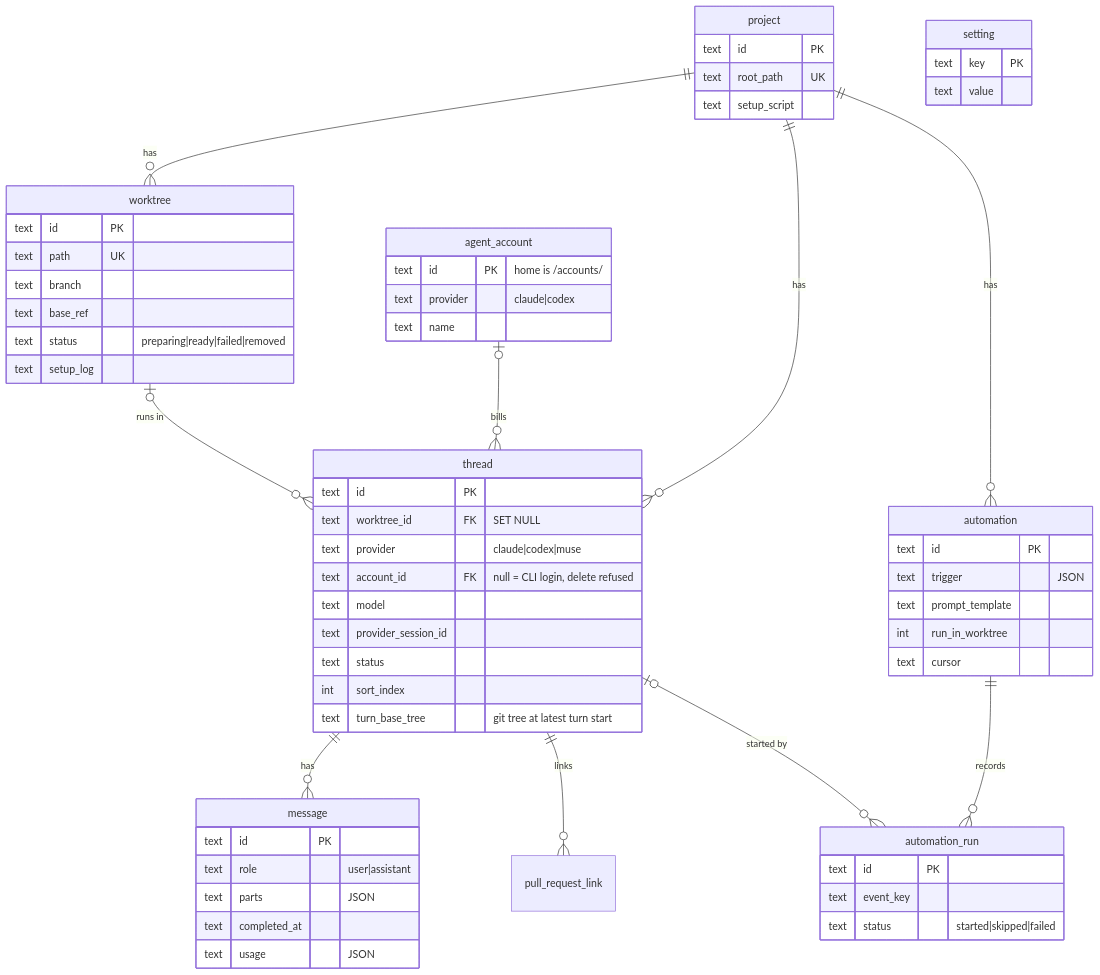
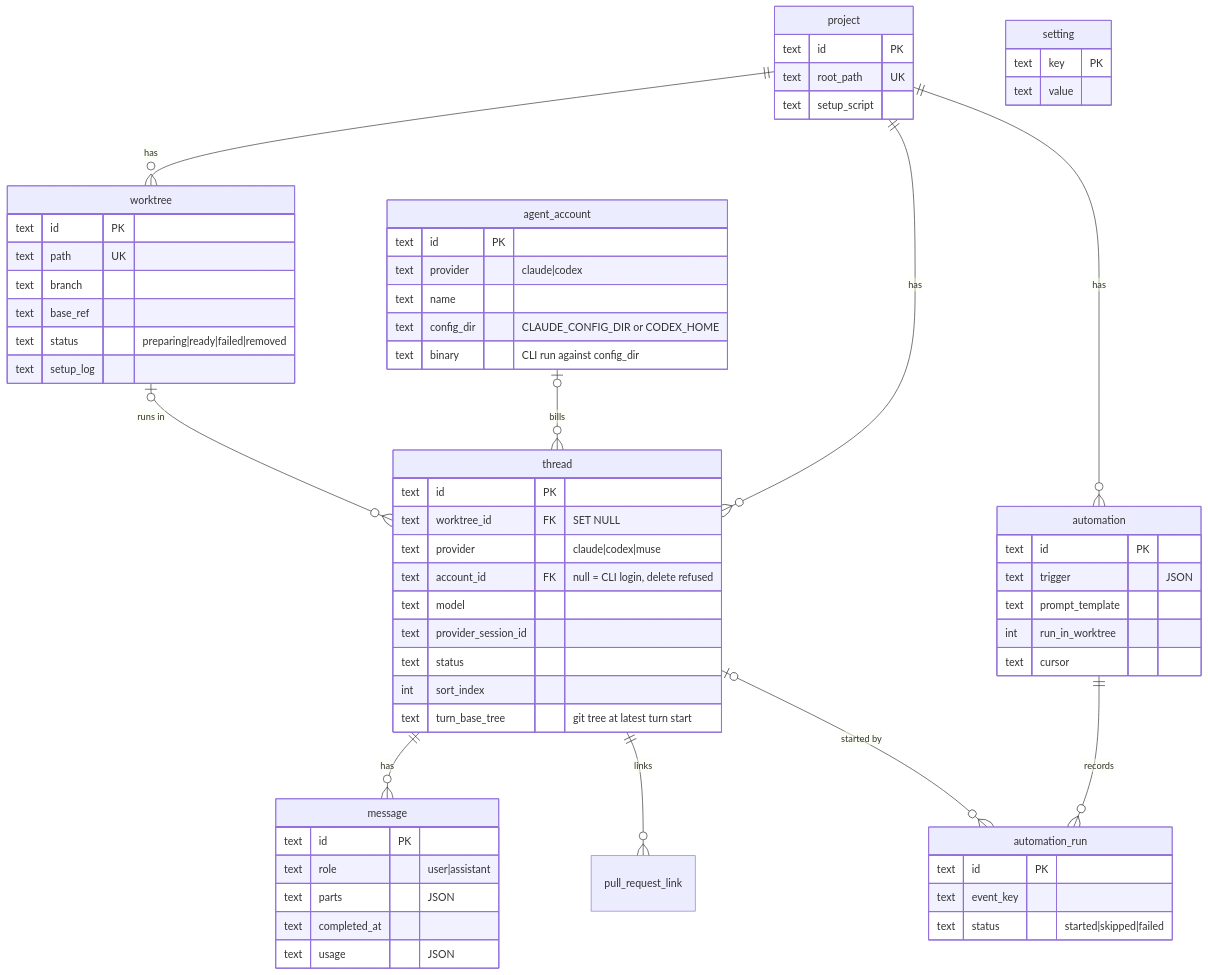
One commit to hinadev-ai/hinacode changed diagram 11 of 16 in docs/arch.md. Above: the diagram before and after it, drawn with Mermaid. The commit also changed other lines of this file and 33 other files, not shown here.

First line of the commit message:
feat(accounts): pick binary and config dir, sign in from a terminal

````diff
--- a/docs/arch.md
+++ b/docs/arch.md
@@ -294,65 +294,67 @@
 ```mermaid
 erDiagram
   project ||--o{ worktree : has
   project ||--o{ thread : has
   project ||--o{ automation : has
   worktree |o--o{ thread : "runs in"
   thread ||--o{ message : has
   thread ||--o{ pull_request_link : links
   automation ||--o{ automation_run : records
   thread |o--o{ automation_run : "started by"
   agent_account |o--o{ thread : "bills"
 
   project {
     text id PK
     text root_path UK
     text setup_script
   }
   worktree {
     text id PK
     text path UK
     text branch
     text base_ref
     text status "preparing|ready|failed|removed"
     text setup_log
   }
   thread {
     text id PK
     text worktree_id FK "SET NULL"
     text provider "claude|codex|muse"
     text account_id FK "null = CLI login, delete refused"
     text model
     text provider_session_id
     text status
     int sort_index
     text turn_base_tree "git tree at latest turn start"
   }
   message {
     text id PK
     text role "user|assistant"
     text parts "JSON"
     text completed_at
     text usage "JSON"
   }
   automation {
     text id PK
     text trigger "JSON"
     text prompt_template
     int run_in_worktree
     text cursor
   }
   automation_run {
     text id PK
     text event_key
     text status "started|skipped|failed"
   }
   setting {
     text key PK
     text value
   }
   agent_account {
-    text id PK "home is <userData>/accounts/<id>"
+    text id PK
     text provider "claude|codex"
     text name
+    text config_dir "CLAUDE_CONFIG_DIR or CODEX_HOME"
+    text binary "CLI run against config_dir"
   }
 ```
````
